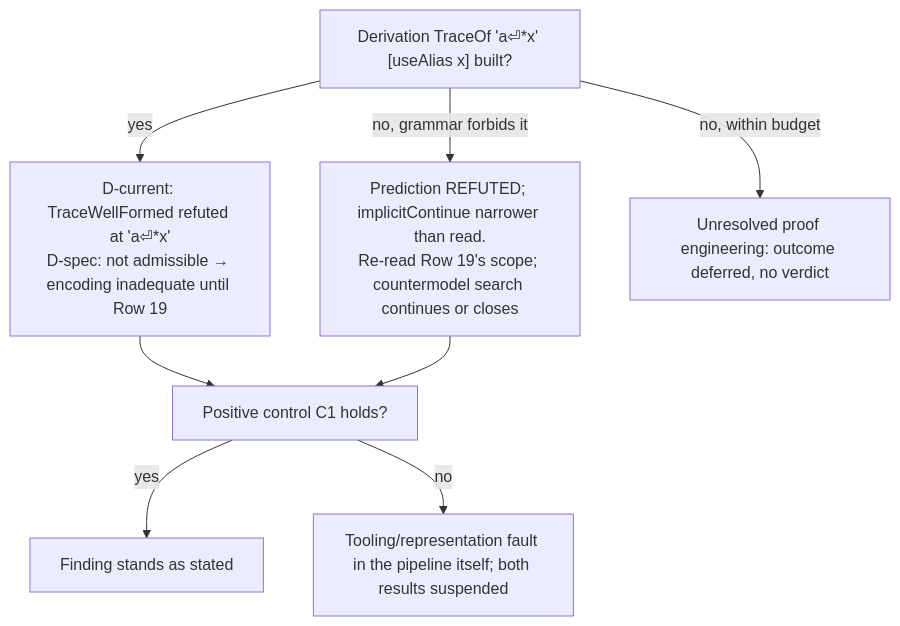
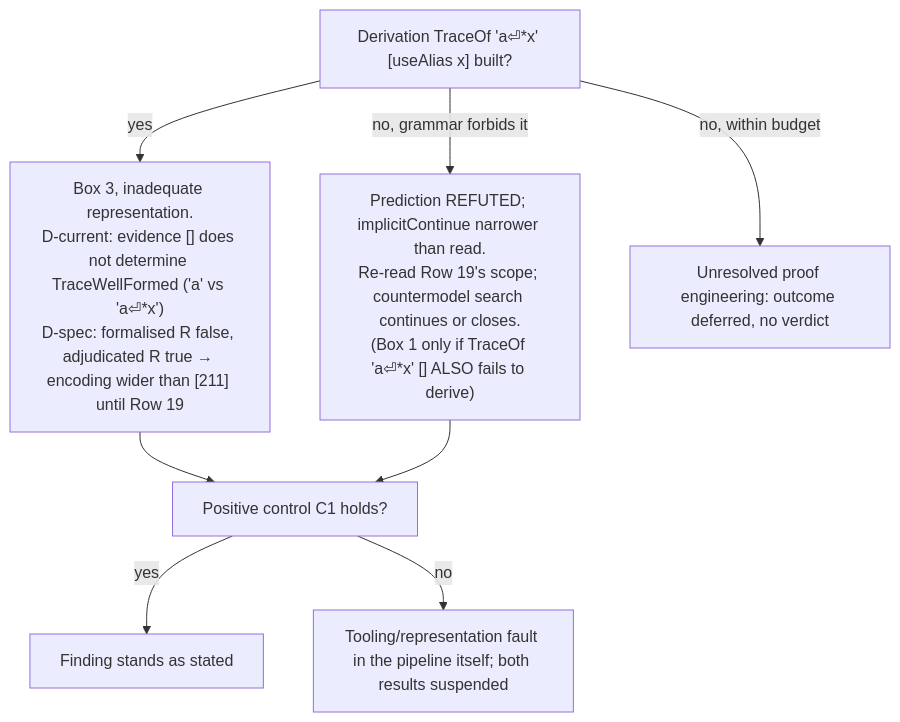
Before and after one commit to nasa-jpl/L4YAML: the second of 2 diagrams in EXPERIMENT.md, drawn with Mermaid. The commit also changed other lines of this file, not shown here.

Commit message:
docs(experiment): one claim per outcome box, D-spec admissibility vs verdict grammar, adequacy vs pointwise checkFrom agreement, 7.7 row/ledger discrepancy (Devin Review)

````diff
--- a/EXPERIMENT.md
+++ b/EXPERIMENT.md
@@ -531,11 +557,11 @@
 ```mermaid
 flowchart TD
   A["Derivation TraceOf 'a⏎*x' [useAlias x] built?"]
-  A -- "yes" --> B["D-current: TraceWellFormed refuted at 'a⏎*x'\nD-spec: not admissible → encoding inadequate until Row 19"]
-  A -- "no, grammar forbids it" --> C["Prediction REFUTED; implicitContinue narrower than read.\nRe-read Row 19's scope; countermodel search continues or closes"]
+  A -- "yes" --> B["Box 3, inadequate representation.\nD-current: evidence [] does not determine TraceWellFormed ('a' vs 'a⏎*x')\nD-spec: formalised R false, adjudicated R true → encoding wider than [211] until Row 19"]
+  A -- "no, grammar forbids it" --> C["Prediction REFUTED; implicitContinue narrower than read.\nRe-read Row 19's scope; countermodel search continues or closes.\n(Box 1 only if TraceOf 'a⏎*x' [] ALSO fails to derive)"]
   A -- "no, within budget" --> D["Unresolved proof engineering: outcome deferred, no verdict"]
   B --> E["Positive control C1 holds?"]
   C --> E
   E -- "yes" --> F["Finding stands as stated"]
   E -- "no" --> G["Tooling/representation fault in the pipeline itself; both results suspended"]
 ```
````
